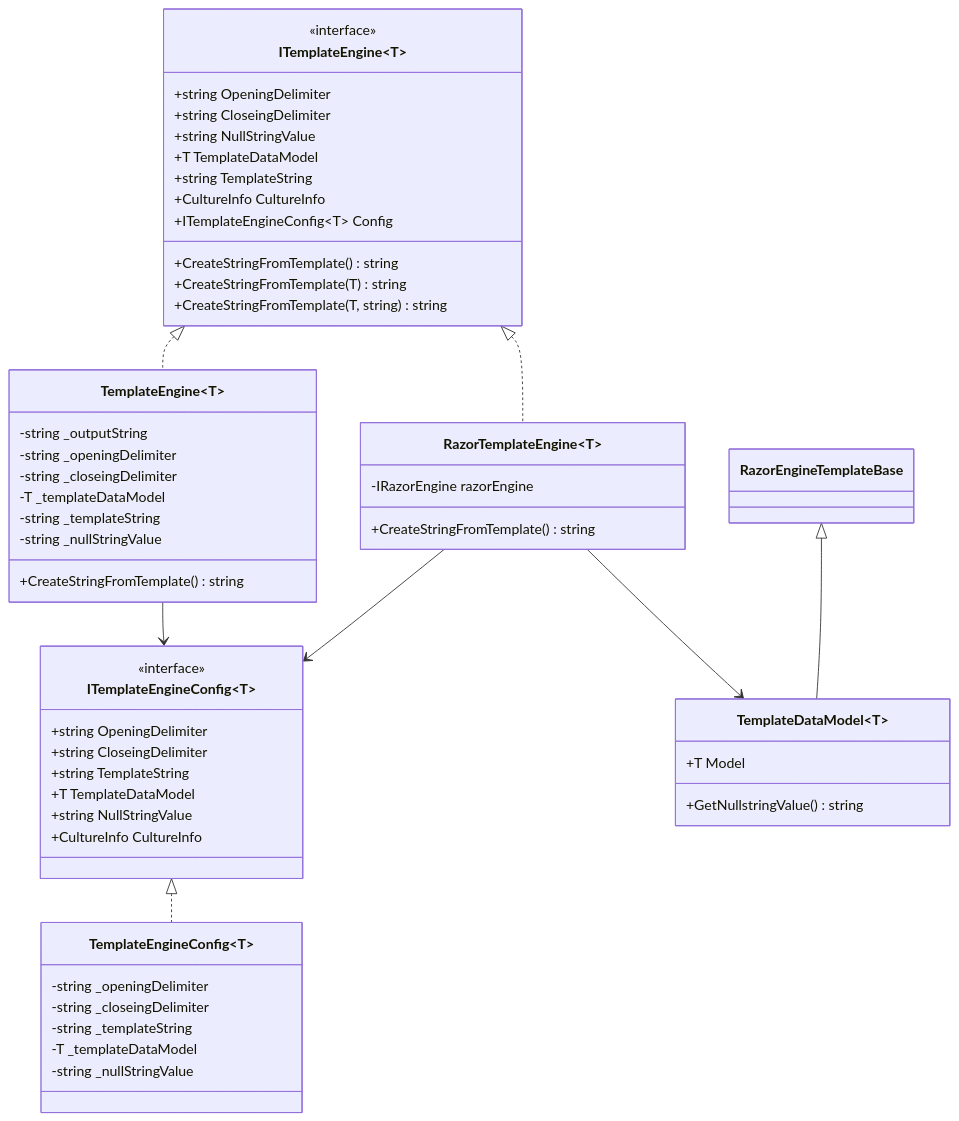
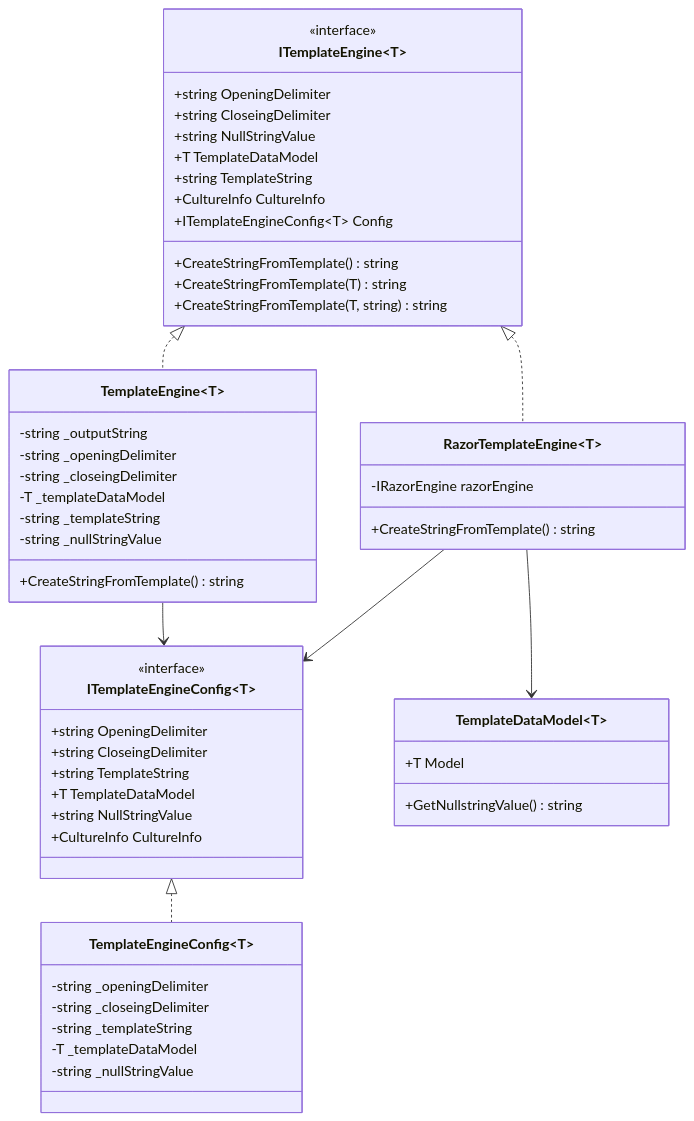
The second of 4 diagrams in docs/architecture.md (jupre003/MbSoftLab.TemplateEngine.Core), drawn with Mermaid before and after one commit. The commit also changed other lines of this file and 12 other files, not shown here.

First line of the commit message:
Add Razor support as an optional extension to TemplateEngine.Core

````diff
--- a/docs/architecture.md
+++ b/docs/architecture.md
@@ -71,62 +72,62 @@
 ```mermaid
 classDiagram
     class ITemplateEngine~T~ {
         <<interface>>
         +string OpeningDelimiter
         +string CloseingDelimiter
         +string NullStringValue
         +T TemplateDataModel
         +string TemplateString
         +CultureInfo CultureInfo
         +ITemplateEngineConfig~T~ Config
         +CreateStringFromTemplate() string
         +CreateStringFromTemplate(T) string
         +CreateStringFromTemplate(T, string) string
     }
     
     class TemplateEngine~T~ {
         -string _outputString
         -string _openingDelimiter
         -string _closeingDelimiter
         -T _templateDataModel
         -string _templateString
         -string _nullStringValue
         +CreateStringFromTemplate() string
     }
     
     class RazorTemplateEngine~T~ {
         -IRazorEngine razorEngine
         +CreateStringFromTemplate() string
     }
     
     class ITemplateEngineConfig~T~ {
         <<interface>>
         +string OpeningDelimiter
         +string CloseingDelimiter
         +string TemplateString
         +T TemplateDataModel
         +string NullStringValue
         +CultureInfo CultureInfo
     }
     
     class TemplateEngineConfig~T~ {
         -string _openingDelimiter
         -string _closeingDelimiter
         -string _templateString
         -T _templateDataModel
         -string _nullStringValue
     }
     
     class TemplateDataModel~T~ {
         +T Model
         +GetNullstringValue() string
     }
     
     ITemplateEngine~T~ <|.. TemplateEngine~T~
     ITemplateEngine~T~ <|.. RazorTemplateEngine~T~
     ITemplateEngineConfig~T~ <|.. TemplateEngineConfig~T~
-    RazorEngineTemplateBase <|-- TemplateDataModel~T~
+    %% Core ist von Razor entkoppelt; kein RazorEngineTemplateBase
     TemplateEngine~T~ --> ITemplateEngineConfig~T~
     RazorTemplateEngine~T~ --> ITemplateEngineConfig~T~
     RazorTemplateEngine~T~ --> TemplateDataModel~T~
 ```
````
